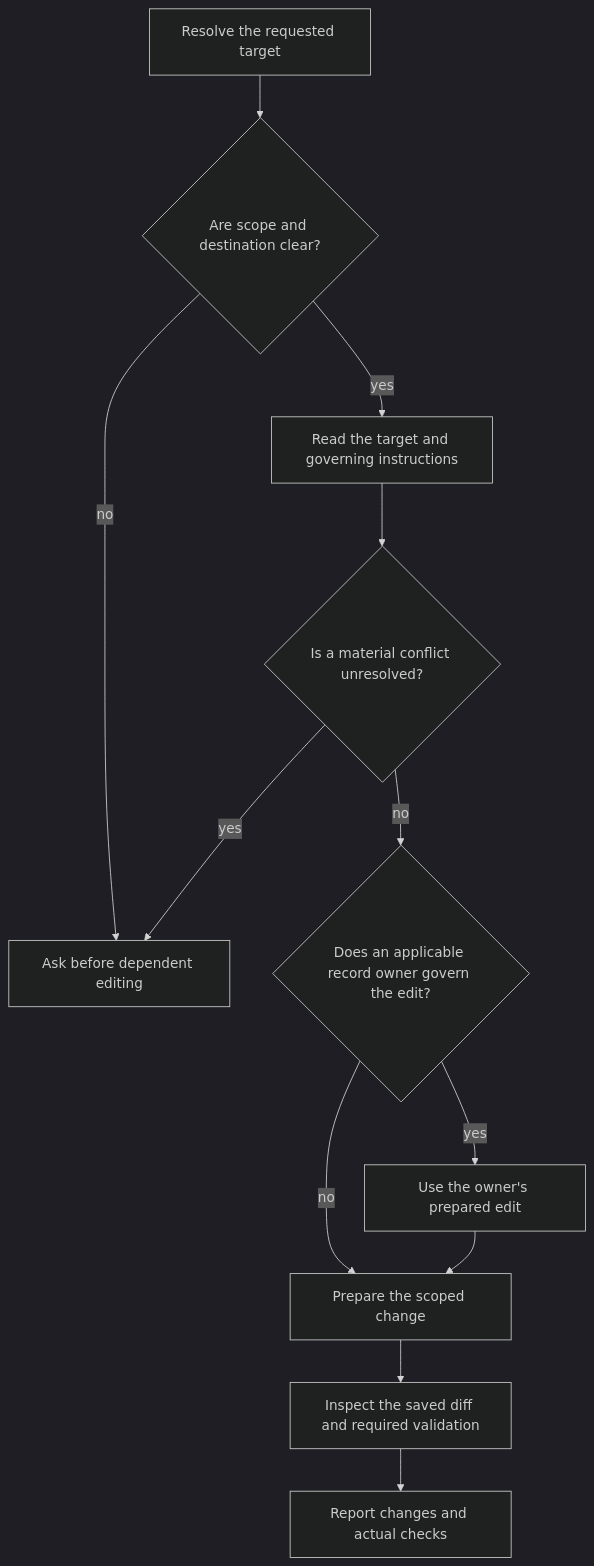
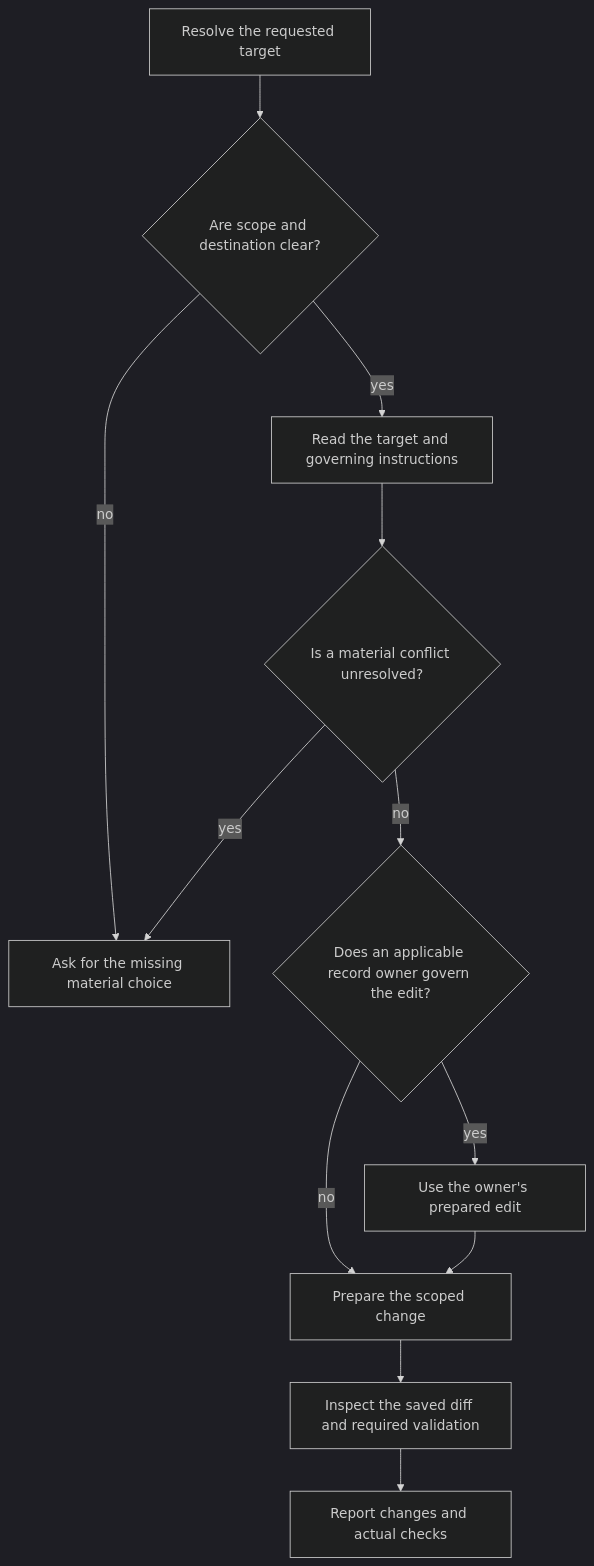
One commit to benjaminstelzer/scoville-suite-for-codex-mainloop changed the diagram in members/scoville-project-context-cleanup/scoville-project-context-cleanup/SKILL.md. Above: the diagram before and after it, drawn with Mermaid (dark theme). The commit also changed other lines of this file and 559 other files, not shown here.

````diff
--- a/members/scoville-project-context-cleanup/scoville-project-context-cleanup/SKILL.md
+++ b/members/scoville-project-context-cleanup/scoville-project-context-cleanup/SKILL.md
@@ -15,14 +15,14 @@
 ```mermaid
 flowchart TD
   target["Resolve the requested target"] --> clear{"Are scope and destination clear?"}
-  clear -->|no| ask["Ask before dependent editing"]
+  clear -->|no| ask["Ask for the missing material choice"]
   clear -->|yes| read["Read the target and governing instructions"]
   read --> conflict{"Is a material conflict unresolved?"}
   conflict -->|yes| ask
   conflict -->|no| owner{"Does an applicable record owner govern the edit?"}
   owner -->|yes| coordinate["Use the owner's prepared edit"]
   owner -->|no| draft["Prepare the scoped change"]
   coordinate --> draft
   draft --> verify["Inspect the saved diff and required validation"]
   verify --> report["Report changes and actual checks"]
 ```
````
